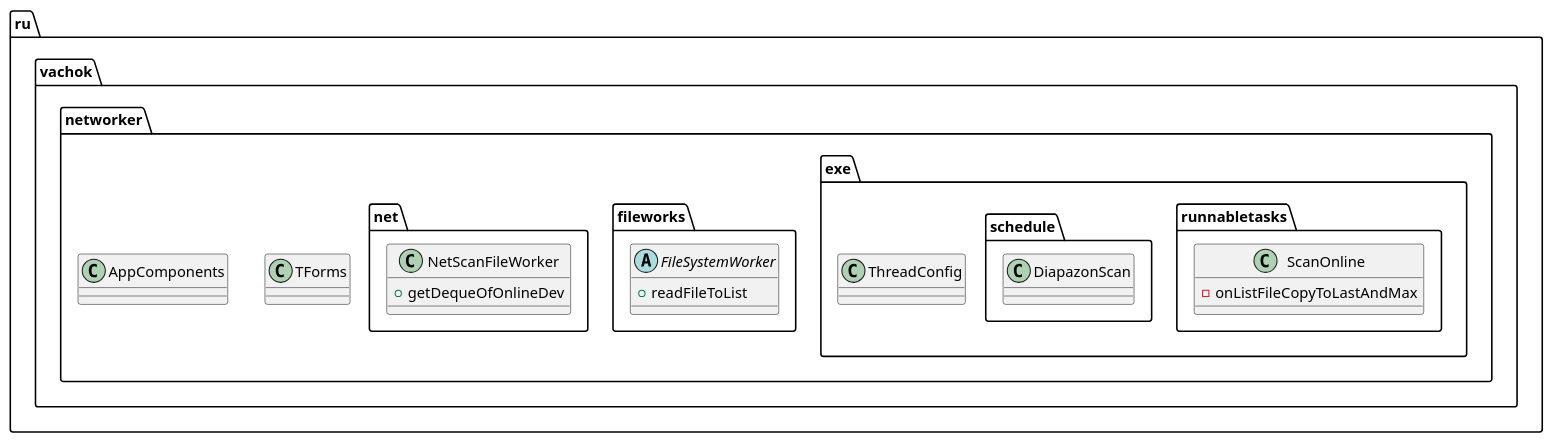
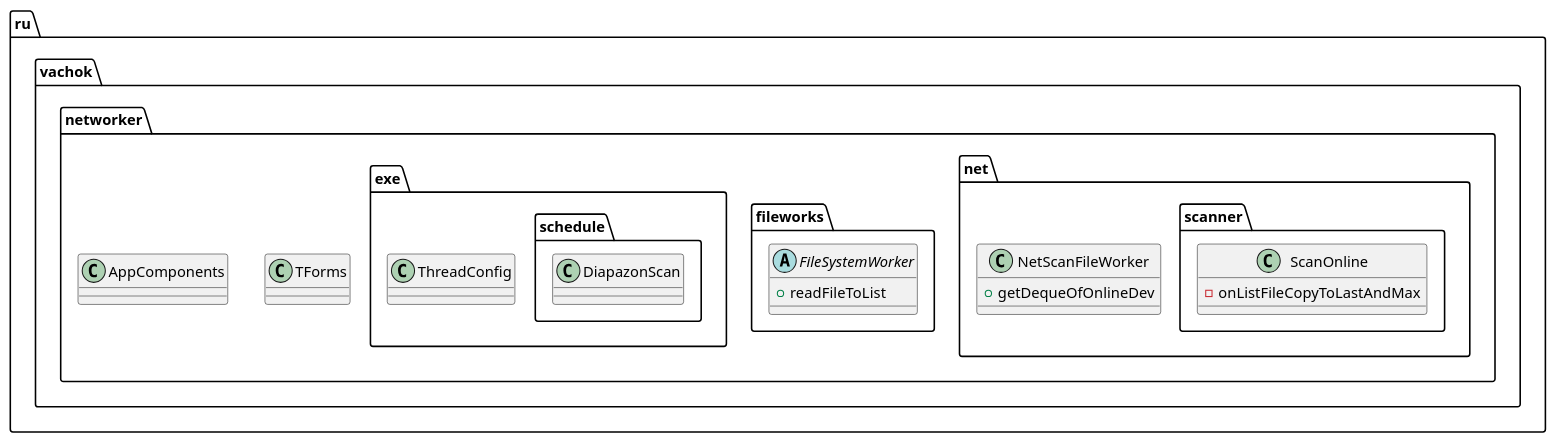
One commit to Vachok/ftpplus changed the diagram in modules/networker/src/main/resources/ScanOnline.puml. Above: the diagram before and after it, drawn with PlantUML. The commit also changed 24 other files, not shown here.

```diff
--- a/modules/networker/src/main/resources/ScanOnline.puml
+++ b/modules/networker/src/main/resources/ScanOnline.puml
@@ -1,16 +1,16 @@
 @startuml
-class ru.vachok.networker.exe.runnabletasks.ScanOnline{
+class ru.vachok.networker.net.scanner.ScanOnline{
 -onListFileCopyToLastAndMax
 }
 abstract class ru.vachok.networker.fileworks.FileSystemWorker{
 +readFileToList
 }
 class ru.vachok.networker.TForms
 class ru.vachok.networker.net.NetScanFileWorker{
 +getDequeOfOnlineDev
 }
 class ru.vachok.networker.AppComponents
 class ru.vachok.networker.exe.ThreadConfig
 class ru.vachok.networker.exe.schedule.DiapazonScan
 
 @enduml
```
